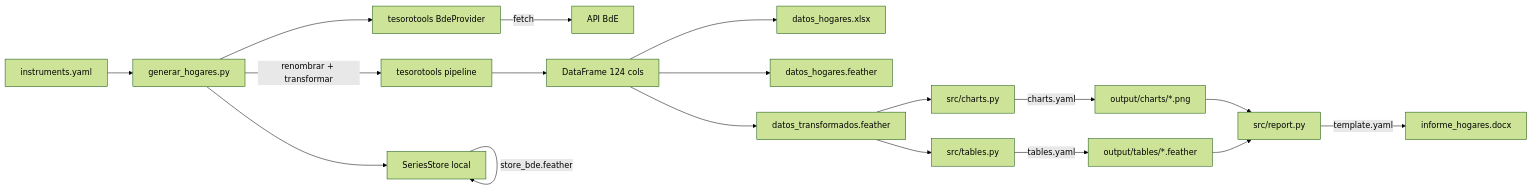
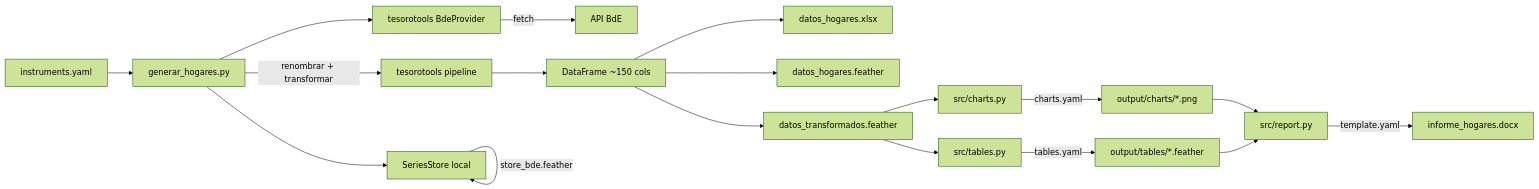
One commit to sgtyfianalisisfinanciero/situacion_financiera changed the first of 2 diagrams in docs/architecture.md. Above: the diagram before and after it, drawn with Mermaid (forest theme). The commit also changed other lines of this file and 11 other files, not shown here.

````diff
--- a/docs/architecture.md
+++ b/docs/architecture.md
@@ -24,20 +24,20 @@
 ```mermaid
 graph LR
     INST[instruments.yaml] --> O[generar_hogares.py]
     O --> P[tesorotools BdeProvider]
     O --> S[SeriesStore local]
     P -- "fetch" --> API[API BdE]
     S -- "store_bde.feather" --> S
     O -- "renombrar + transformar" --> TT[tesorotools pipeline]
-    TT --> DF[DataFrame 124 cols]
+    TT --> DF[DataFrame ~150 cols]
     DF --> XLS[datos_hogares.xlsx]
     DF --> FT[datos_hogares.feather]
     DF --> CF[datos_transformados.feather]
     CF --> CH[src/charts.py]
     CF --> TB[src/tables.py]
     CH -- "charts.yaml" --> PNG[output/charts/*.png]
     TB -- "tables.yaml" --> TBF[output/tables/*.feather]
     PNG --> RP[src/report.py]
     TBF --> RP
     RP -- "template.yaml" --> DOCX[informe_hogares.docx]
 ```
````
